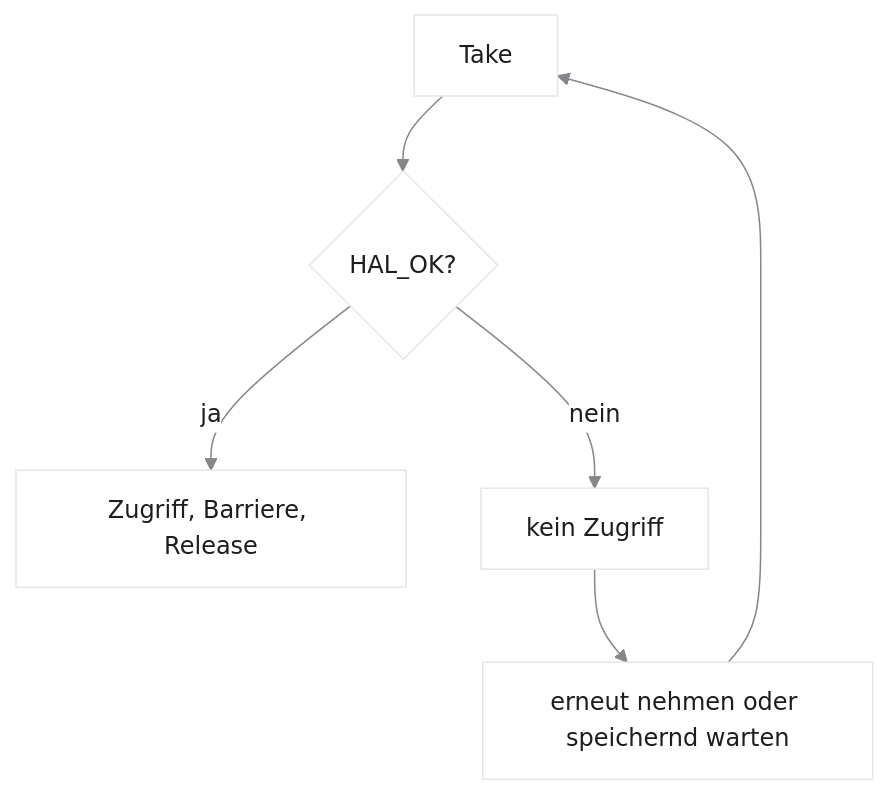
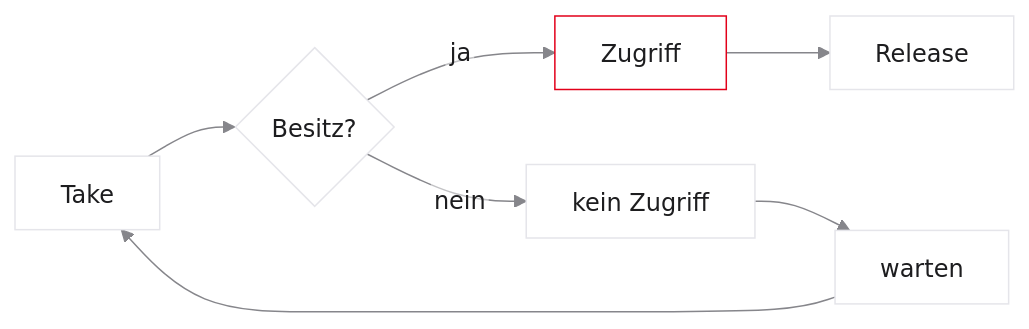
The second of 7 diagrams in vorlesungen/08_multicore-synchronisation-safety.qmd (dantschi/echtzeitsysteme), drawn with Mermaid before and after one commit. The commit also changed other lines of this file and 13 other files, not shown here.

````diff
--- a/vorlesungen/08_multicore-synchronisation-safety.qmd
+++ b/vorlesungen/08_multicore-synchronisation-safety.qmd
@@ -306,10 +241,13 @@
 ```{mermaid}
-%%| fig-width: 7.4
-%%{init: {'theme': 'base', 'themeVariables': {'background': '#FFFFFF', 'primaryColor': '#FFFFFF', 'primaryBorderColor': '#E5E5EA', 'primaryTextColor': '#1D1D1F', 'lineColor': '#86868B'}}}%%
-flowchart TD
-  T["Take"] --> Q{"HAL_OK?"}
-  Q -->|ja| W["Zugriff, Barriere, Release"]
-  Q -->|nein| N["kein Zugriff"]
-  N --> R["erneut nehmen oder speichernd warten"]
-  R --> T
+%%| fig-width: 5.4
+%%{init: {'theme':'base','htmlLabels':false,'flowchart':{'htmlLabels':false},'themeVariables':{'background':'#FFFFFF','primaryColor':'#FFFFFF','primaryBorderColor':'#E5E5EA','primaryTextColor':'#1D1D1F','lineColor':'#86868B'}}}%%
+flowchart LR
+ T["Take"] --> Q{"Besitz?"}
+ Q -->|ja| W["Zugriff"]
+ W --> R["Release"]
+ Q -->|nein| N["kein Zugriff"]
+ N --> P["warten"]
+ P --> T
+ style W fill:#FFFFFF,stroke:#E2001A,stroke-width:2px !important
+
 ```
````
